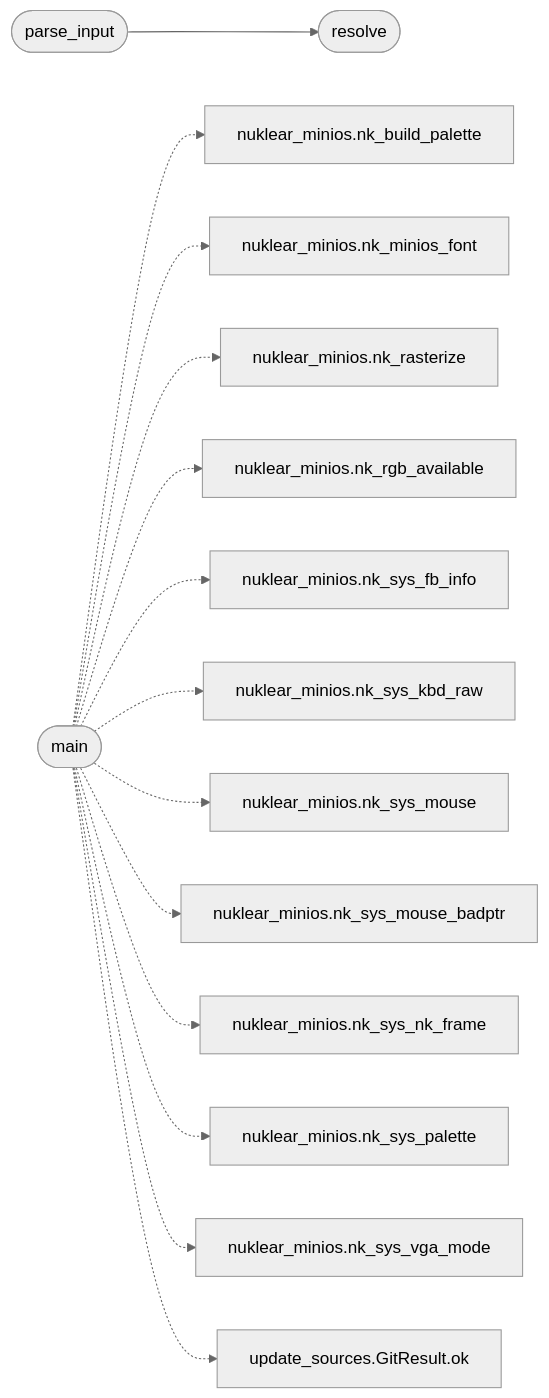
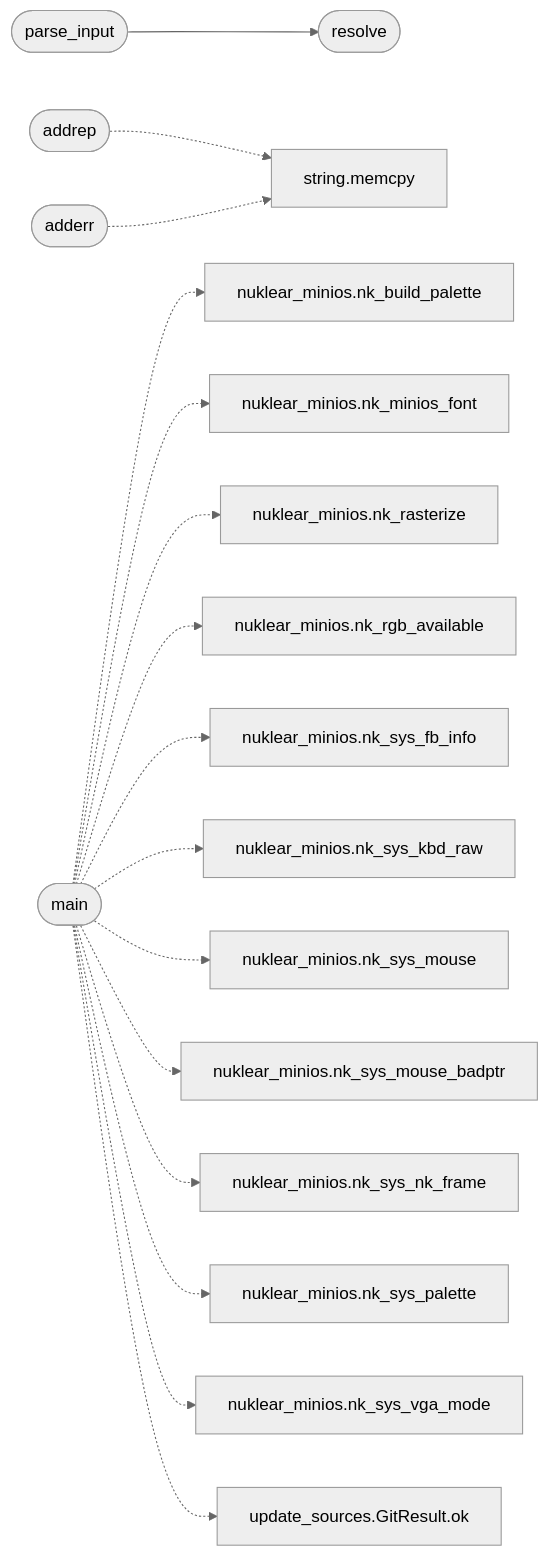
Before and after one commit to grisuno/miniOS: the second of 2 diagrams in readmenator-apidocs/modules/progs.nuklear.node_editor.c.md, drawn with Mermaid (neutral theme). The commit also changed other lines of this file and 222 other files, not shown here.

````diff
--- a/readmenator-apidocs/modules/progs.nuklear.node_editor.c.md
+++ b/readmenator-apidocs/modules/progs.nuklear.node_editor.c.md
@@ -28,31 +28,36 @@
 ```mermaid
 flowchart LR
     n_progs_nuklear_node_editor_c__parse_input(["parse_input"])
     n_progs_nuklear_node_editor_c__resolve(["resolve"])
+    n_progs_nuklear_node_editor_c__addrep(["addrep"])
+    n_kernel_string_c__memcpy["string.memcpy"]
+    n_progs_nuklear_node_editor_c__adderr(["adderr"])
     n_progs_nuklear_node_editor_c__main(["main"])
     n_progs_nuklear_nuklear_minios_h__nk_build_palette["nuklear_minios.nk_build_palette"]
     n_progs_nuklear_nuklear_minios_h__nk_minios_font["nuklear_minios.nk_minios_font"]
     n_progs_nuklear_nuklear_minios_h__nk_rasterize["nuklear_minios.nk_rasterize"]
     n_progs_nuklear_nuklear_minios_h__nk_rgb_available["nuklear_minios.nk_rgb_available"]
     n_progs_nuklear_nuklear_minios_h__nk_sys_fb_info["nuklear_minios.nk_sys_fb_info"]
     n_progs_nuklear_nuklear_minios_h__nk_sys_kbd_raw["nuklear_minios.nk_sys_kbd_raw"]
     n_progs_nuklear_nuklear_minios_h__nk_sys_mouse["nuklear_minios.nk_sys_mouse"]
     n_progs_nuklear_nuklear_minios_h__nk_sys_mouse_badptr["nuklear_minios.nk_sys_mouse_badptr"]
     n_progs_nuklear_nuklear_minios_h__nk_sys_nk_frame["nuklear_minios.nk_sys_nk_frame"]
     n_progs_nuklear_nuklear_minios_h__nk_sys_palette["nuklear_minios.nk_sys_palette"]
     n_progs_nuklear_nuklear_minios_h__nk_sys_vga_mode["nuklear_minios.nk_sys_vga_mode"]
     n_tools_update_sources_py__GitResult_ok["update_sources.GitResult.ok"]
     n_progs_nuklear_node_editor_c__parse_input --> n_progs_nuklear_node_editor_c__resolve
+    n_progs_nuklear_node_editor_c__addrep -.-> n_kernel_string_c__memcpy
+    n_progs_nuklear_node_editor_c__adderr -.-> n_kernel_string_c__memcpy
     n_progs_nuklear_node_editor_c__main -.-> n_progs_nuklear_nuklear_minios_h__nk_build_palette
     n_progs_nuklear_node_editor_c__main -.-> n_progs_nuklear_nuklear_minios_h__nk_minios_font
     n_progs_nuklear_node_editor_c__main -.-> n_progs_nuklear_nuklear_minios_h__nk_rasterize
     n_progs_nuklear_node_editor_c__main -.-> n_progs_nuklear_nuklear_minios_h__nk_rgb_available
     n_progs_nuklear_node_editor_c__main -.-> n_progs_nuklear_nuklear_minios_h__nk_sys_fb_info
     n_progs_nuklear_node_editor_c__main -.-> n_progs_nuklear_nuklear_minios_h__nk_sys_kbd_raw
     n_progs_nuklear_node_editor_c__main -.-> n_progs_nuklear_nuklear_minios_h__nk_sys_mouse
     n_progs_nuklear_node_editor_c__main -.-> n_progs_nuklear_nuklear_minios_h__nk_sys_mouse_badptr
     n_progs_nuklear_node_editor_c__main -.-> n_progs_nuklear_nuklear_minios_h__nk_sys_nk_frame
     n_progs_nuklear_node_editor_c__main -.-> n_progs_nuklear_nuklear_minios_h__nk_sys_palette
     n_progs_nuklear_node_editor_c__main -.-> n_progs_nuklear_nuklear_minios_h__nk_sys_vga_mode
     n_progs_nuklear_node_editor_c__main -.-> n_tools_update_sources_py__GitResult_ok
 ```
````
